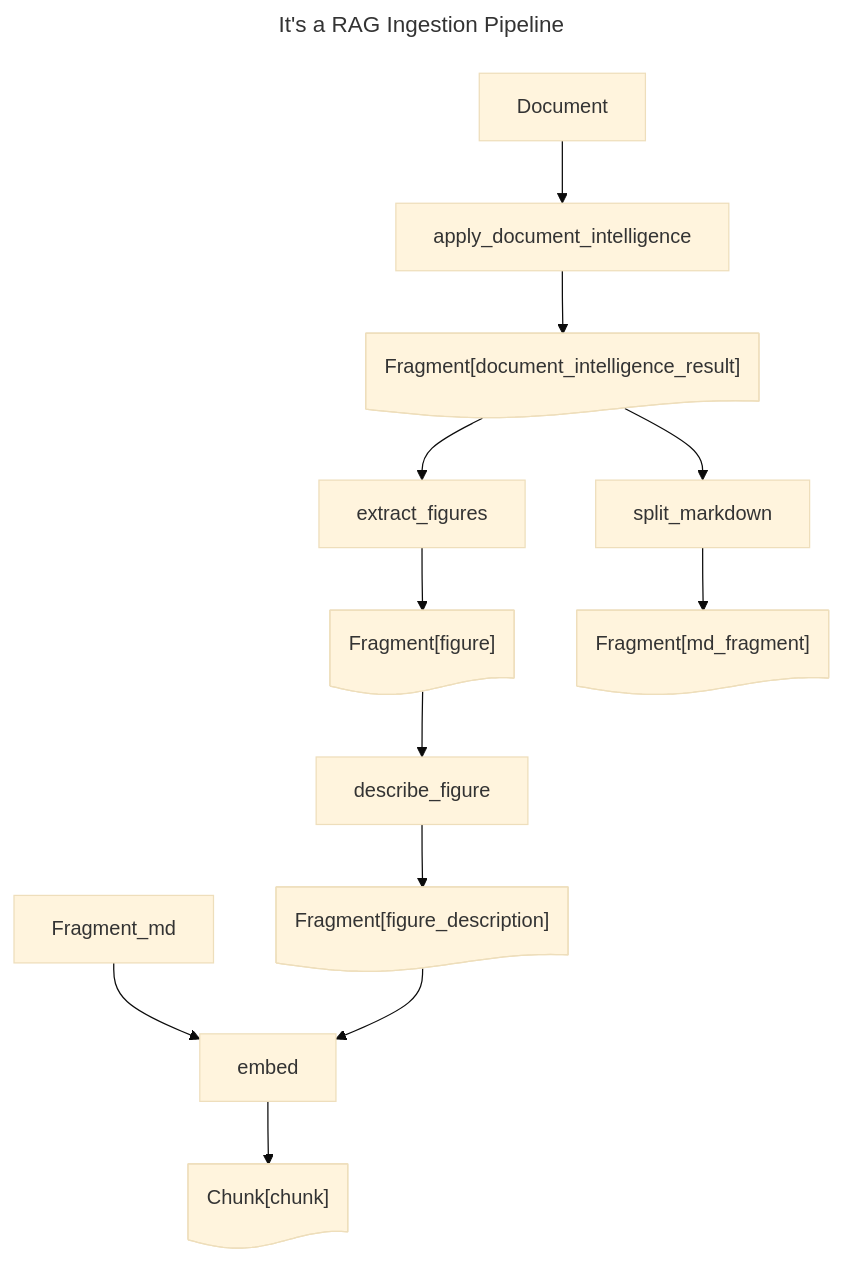
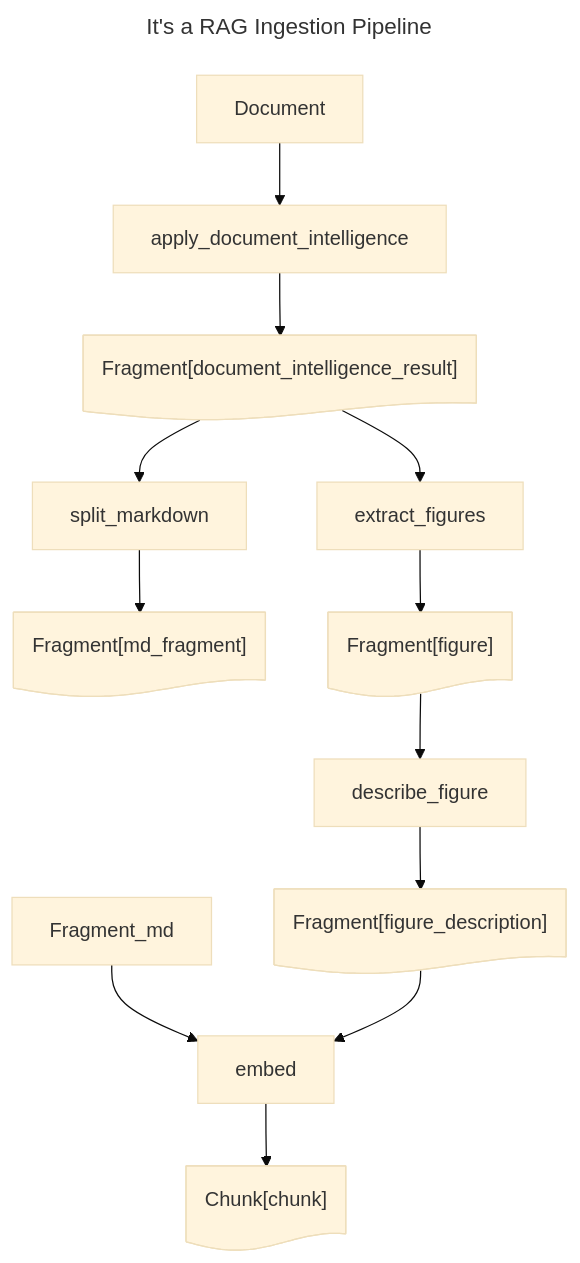
The diagram in examples/its_a_rag.md (Azure-Samples/az-ai-catalyst), drawn with Mermaid (base theme) before and after one commit. The commit also changed other lines of this file and 1 other file, not shown here.

Commit message:
Cleanup figure extraction

````diff
--- a/examples/its_a_rag.md
+++ b/examples/its_a_rag.md
@@ -1,28 +1,28 @@
 ```mermaid
 ---
 title: It's a RAG Ingestion Pipeline
 ---
 flowchart TD
+    Chunk_chunk@{ shape: doc, label: "Chunk[chunk]" }
+    Fragment_md_fragment@{ shape: doc, label: "Fragment[md_fragment]" }
+    Fragment_document_intelligence_result@{ shape: doc, label: "Fragment[document_intelligence_result]" }
     Fragment_figure@{ shape: doc, label: "Fragment[figure]" }
-    Fragment_document_intelligence_result@{ shape: doc, label: "Fragment[document_intelligence_result]" }
-    Fragment_md_fragment@{ shape: doc, label: "Fragment[md_fragment]" }
     Fragment_figure_description@{ shape: doc, label: "Fragment[figure_description]" }
-    Chunk_chunk@{ shape: doc, label: "Chunk[chunk]" }
     apply_document_intelligence@{ shape: rect, label: "apply_document_intelligence" }
     apply_document_intelligence --> Fragment_document_intelligence_result
     Document --> apply_document_intelligence
     extract_figures@{ shape: rect, label: "extract_figures" }
     extract_figures --> Fragment_figure
     Fragment_document_intelligence_result --> extract_figures
     describe_figure@{ shape: rect, label: "describe_figure" }
     describe_figure --> Fragment_figure_description
     Fragment_figure --> describe_figure
     split_markdown@{ shape: rect, label: "split_markdown" }
     split_markdown --> Fragment_md_fragment
     Fragment_document_intelligence_result --> split_markdown
     embed@{ shape: rect, label: "embed" }
     embed --> Chunk_chunk
     Fragment_md --> embed
     Fragment_figure_description --> embed
 
 ```
````
